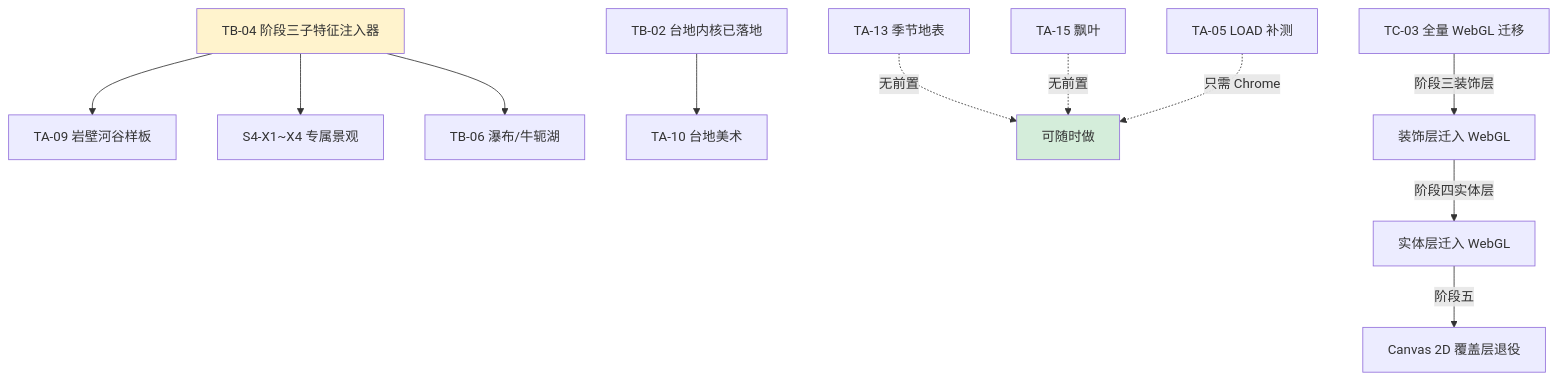
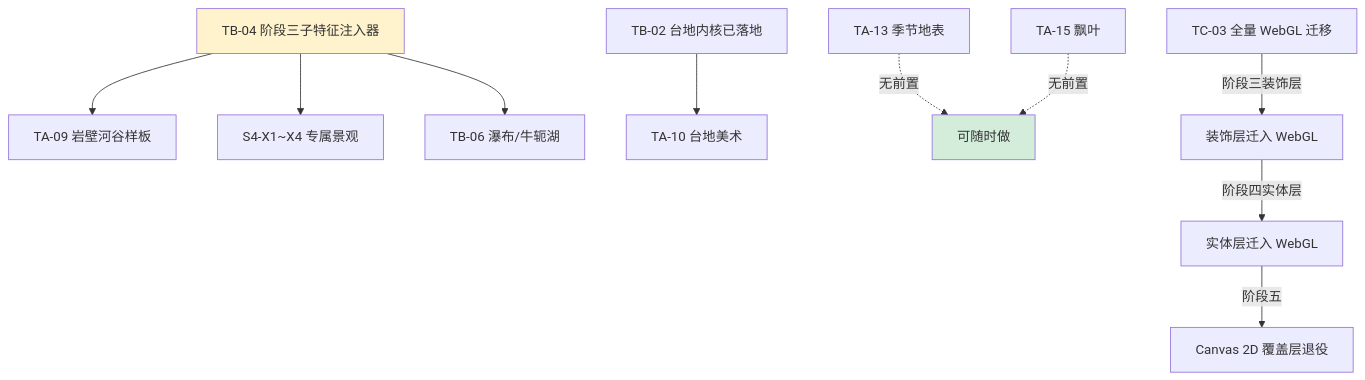
Before and after one commit to g39088902/FlowAndAccord: the second of 2 diagrams in docs/plan/tech/07-terrain-art.md, drawn with Mermaid. The commit also changed other lines of this file and 29 other files, not shown here.

````diff
--- a/docs/plan/tech/07-terrain-art.md
+++ b/docs/plan/tech/07-terrain-art.md
@@ -72,15 +73,14 @@
 ```mermaid
 graph TD
     TB04[TB-04 阶段三子特征注入器] --> TA09[TA-09 岩壁河谷样板]
     TB04 --> S4X[S4-X1~X4 专属景观]
     TB04 --> TB06[TB-06 瀑布/牛轭湖]
     TB02[TB-02 台地内核已落地] --> TA10[TA-10 台地美术]
     TA13[TA-13 季节地表] -.无前置.-> NOW[可随时做]
     TA15[TA-15 飘叶] -.无前置.-> NOW
-    TA05[TA-05 LOAD 补测] -.只需 Chrome.-> NOW
     TC03[TC-03 全量 WebGL 迁移] -->|阶段三装饰层| DECO[装饰层迁入 WebGL]
     DECO -->|阶段四实体层| ENT[实体层迁入 WebGL]
     ENT -->|阶段五| RETIRE[Canvas 2D 覆盖层退役]
     style NOW fill:#d4edda
     style TB04 fill:#fff3cd
 ```
````
